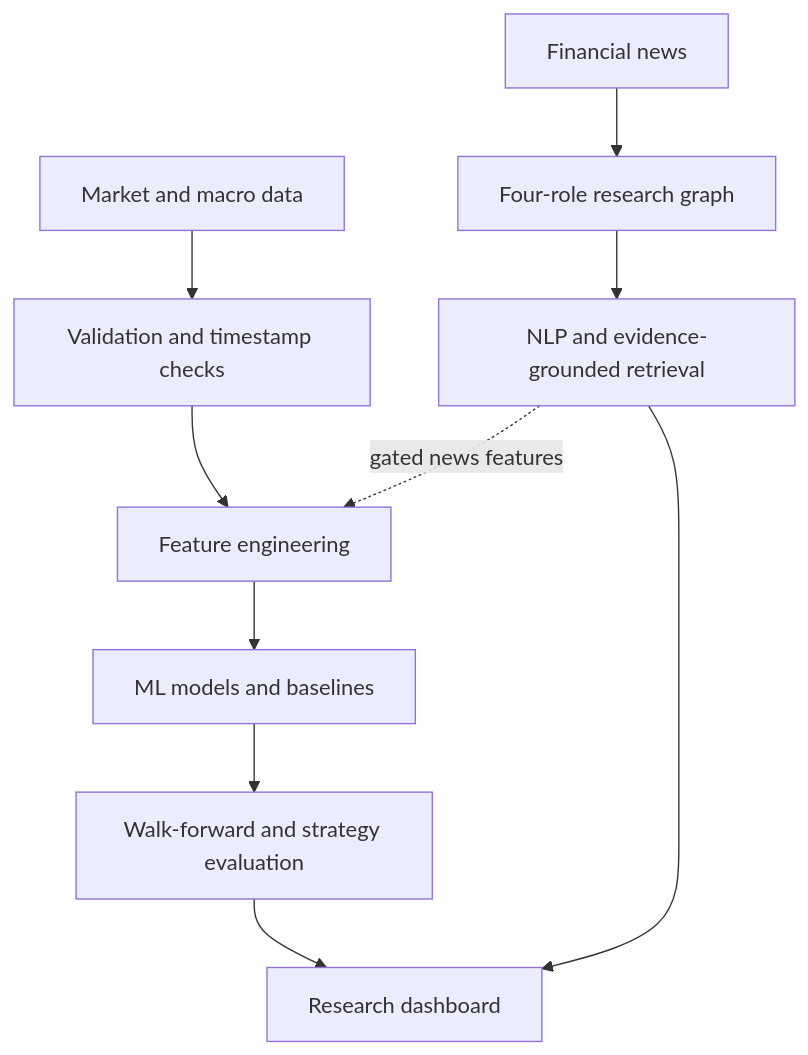
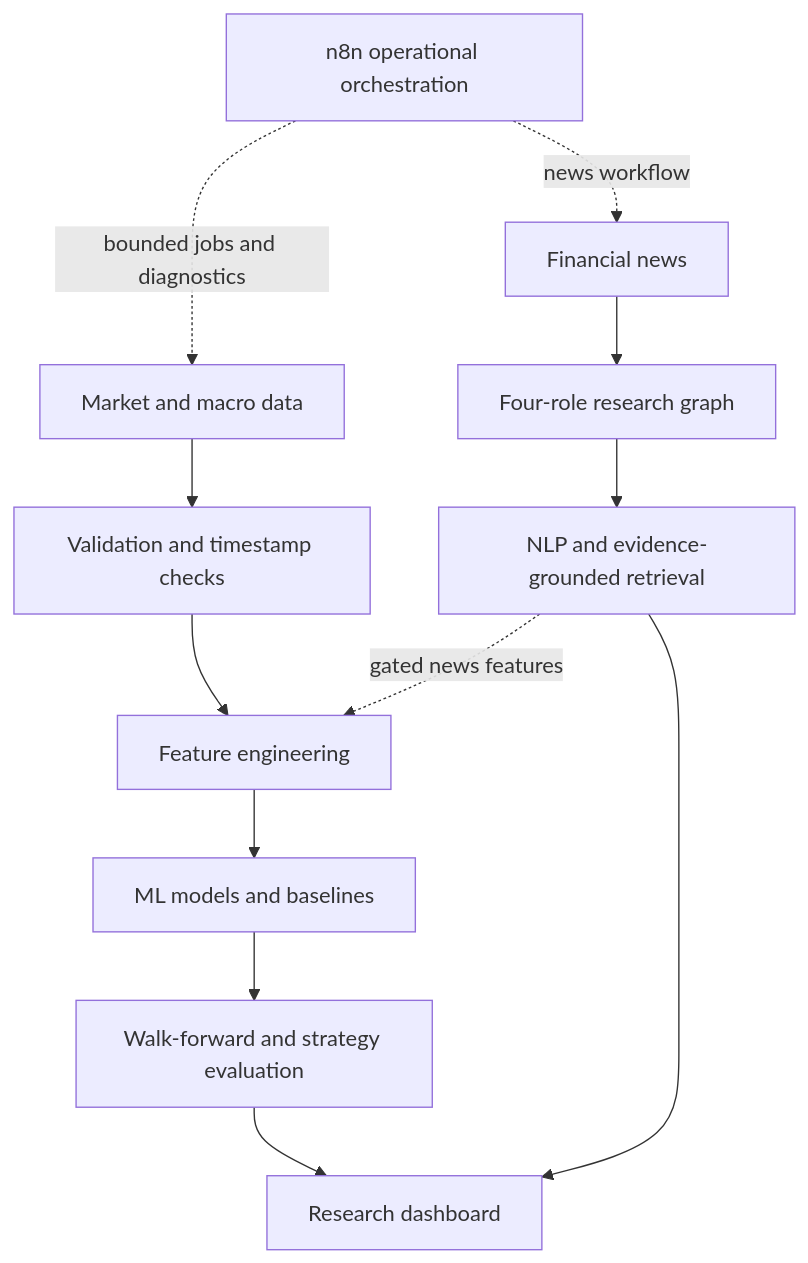
Before and after one commit to esmaeilisadat-tech/MarketPulse-AI-Portfolio: the diagram in README.md, drawn with Mermaid. The commit also changed other lines of this file, not shown here.

Commit message:
docs: document verified n8n and MCP workflow integration

````diff
--- a/README.md
+++ b/README.md
@@ -56,12 +63,14 @@
 ```mermaid
 flowchart TD
+    O[n8n operational orchestration] -. bounded jobs and diagnostics .-> A
+    O -. news workflow .-> B
     A[Market and macro data] --> C[Validation and timestamp checks]
     B[Financial news] --> D[Four-role research graph]
     D --> E[NLP and evidence-grounded retrieval]
     C --> F[Feature engineering]
     E -. gated news features .-> F
     F --> G[ML models and baselines]
     G --> H[Walk-forward and strategy evaluation]
     H --> I[Research dashboard]
     E --> I
 ```
````
